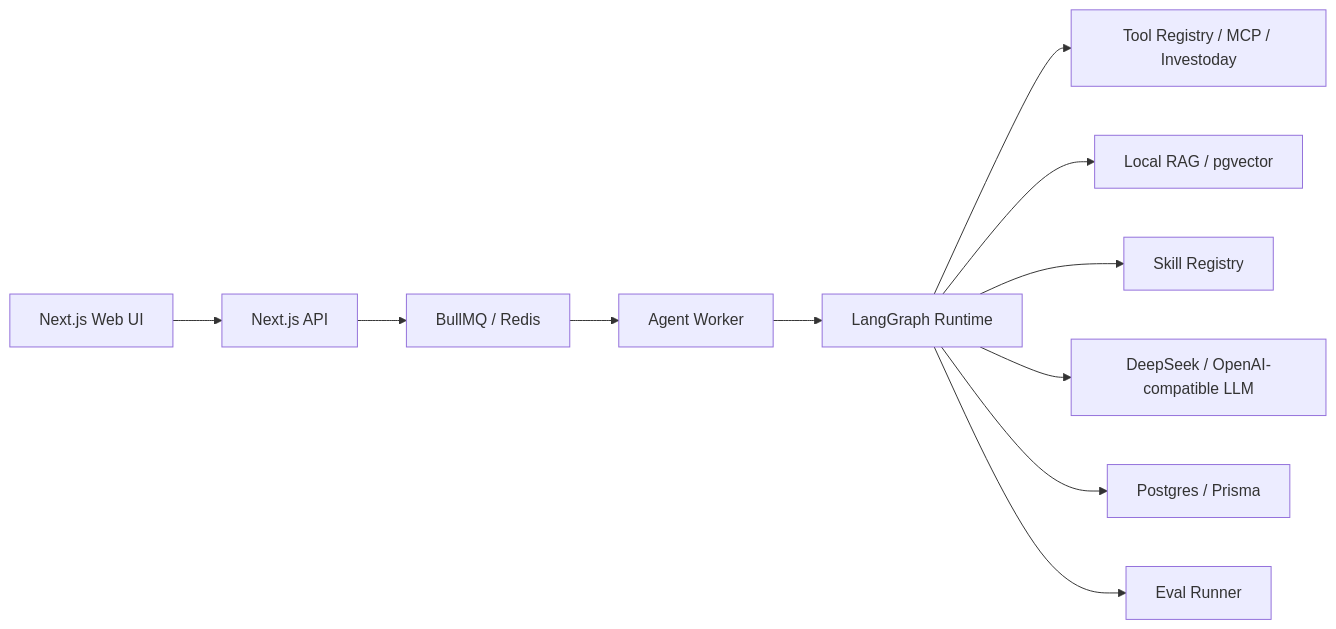
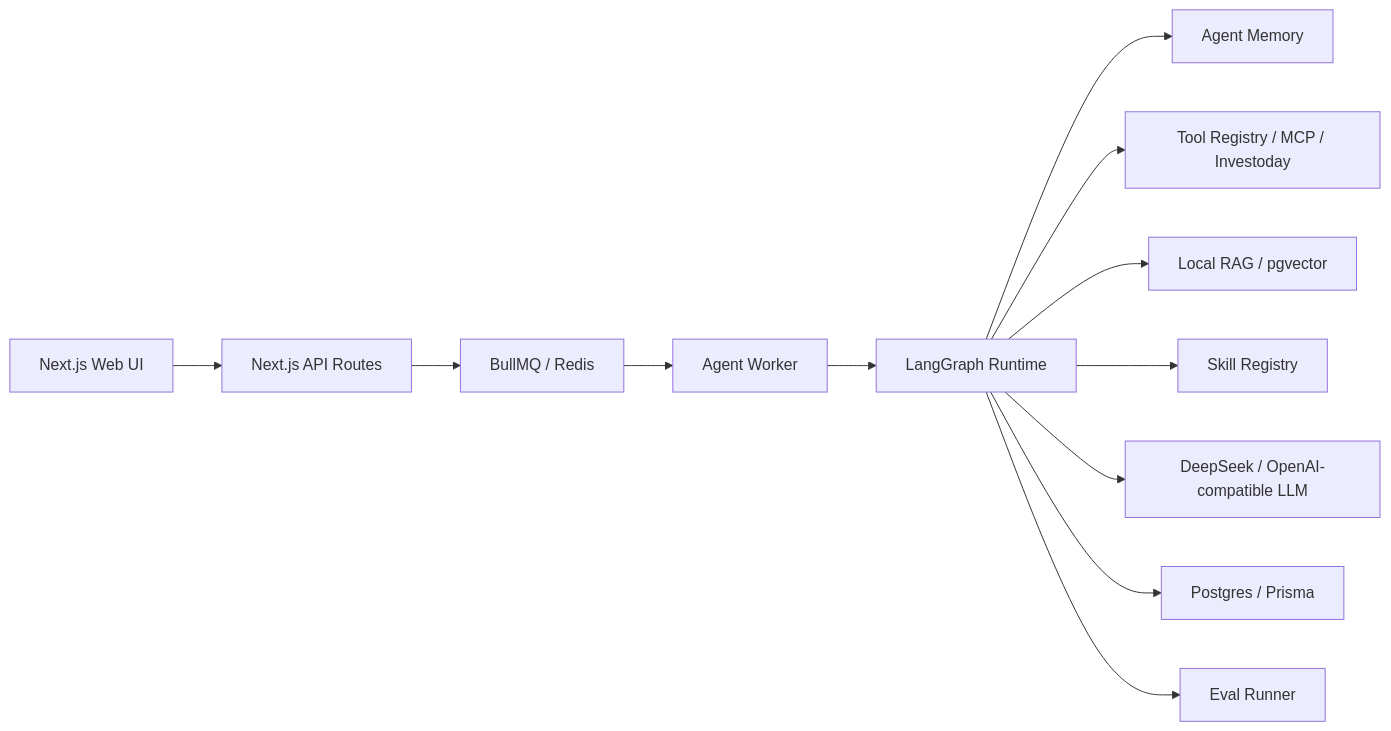
The diagram in README.md (zhengzeyong9527-droid/Investment-research), drawn with Mermaid before and after one commit. The commit also changed other lines of this file, not shown here.

Commit message:
Update README with agent hardening details

````diff
--- a/README.md
+++ b/README.md
@@ -9,13 +19,14 @@
 ```mermaid
 flowchart LR
-  UI["Next.js Web UI"] --> API["Next.js API"]
+  UI["Next.js Web UI"] --> API["Next.js API Routes"]
   API --> Queue["BullMQ / Redis"]
   Queue --> Worker["Agent Worker"]
   Worker --> Graph["LangGraph Runtime"]
+  Graph --> Memory["Agent Memory"]
   Graph --> Tools["Tool Registry / MCP / Investoday"]
   Graph --> RAG["Local RAG / pgvector"]
   Graph --> Skills["Skill Registry"]
   Graph --> Model["DeepSeek / OpenAI-compatible LLM"]
   Graph --> DB["Postgres / Prisma"]
   Graph --> Eval["Eval Runner"]
 ```
````
